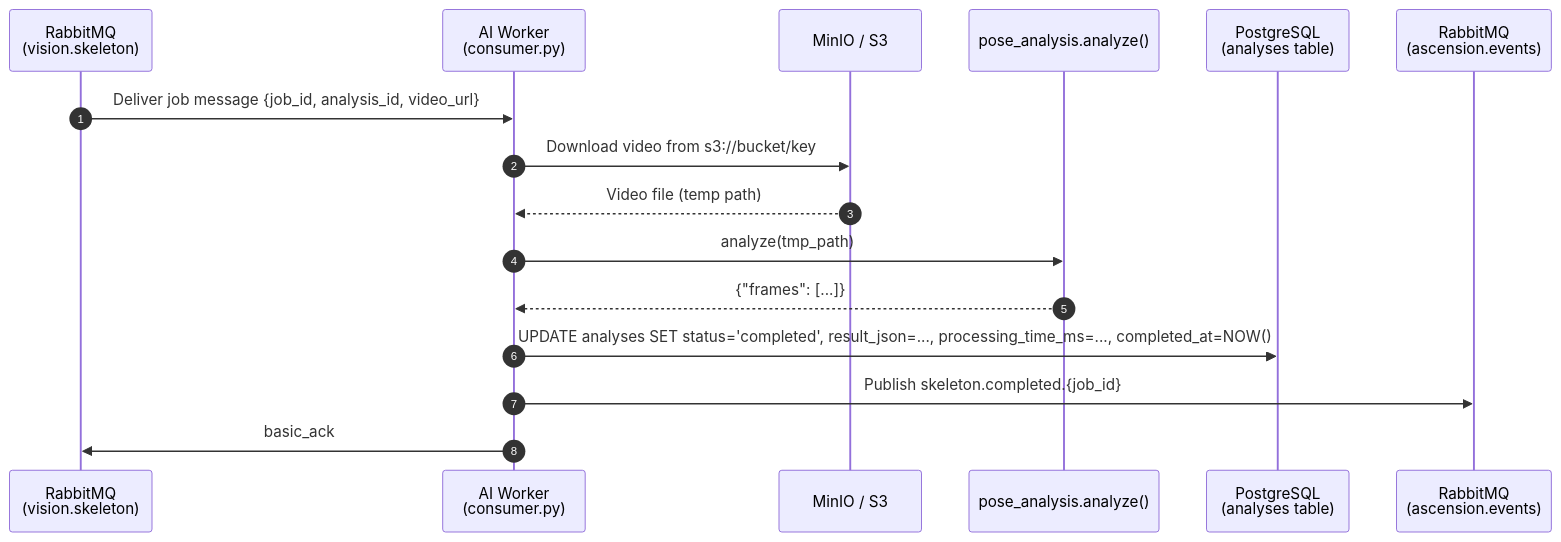
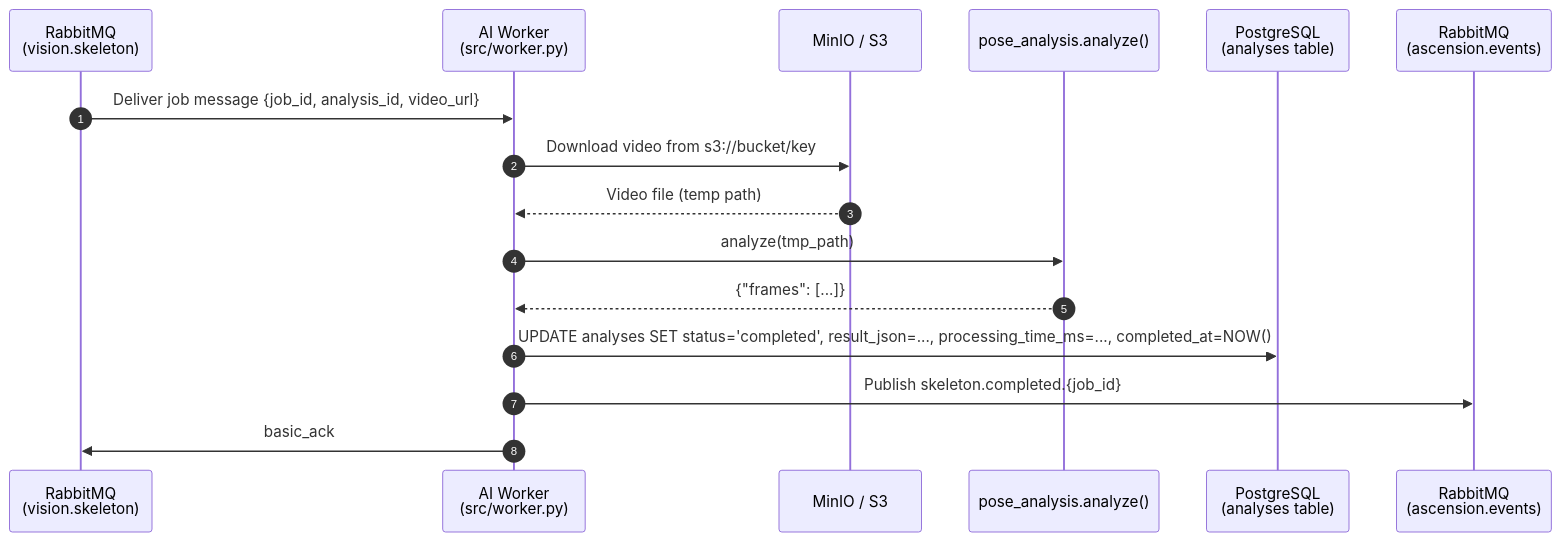
Before and after one commit to Ascension-EIP/Ascension: the diagram in docs/developer_guide/ai/README.md, drawn with Mermaid. The commit also changed other lines of this file and 79 other files, not shown here.

````diff
--- a/docs/developer_guide/ai/README.md
+++ b/docs/developer_guide/ai/README.md
@@ -153,19 +154,19 @@
 ```mermaid
 sequenceDiagram
     autonumber
     participant RMQ as RabbitMQ<br/>(vision.skeleton)
-    participant W as AI Worker<br/>(consumer.py)
+    participant W as AI Worker<br/>(src/worker.py)
     participant S3 as MinIO / S3
     participant MP as pose_analysis.analyze()
     participant DB as PostgreSQL<br/>(analyses table)
     participant EVT as RabbitMQ<br/>(ascension.events)
 
     RMQ->>W: Deliver job message {job_id, analysis_id, video_url}
     W->>S3: Download video from s3://bucket/key
     S3-->>W: Video file (temp path)
     W->>MP: analyze(tmp_path)
     MP-->>W: {"frames": [...]}
     W->>DB: UPDATE analyses SET status='completed', result_json=..., processing_time_ms=..., completed_at=NOW()
     W->>EVT: Publish skeleton.completed.{job_id}
     W->>RMQ: basic_ack
 ```
````
